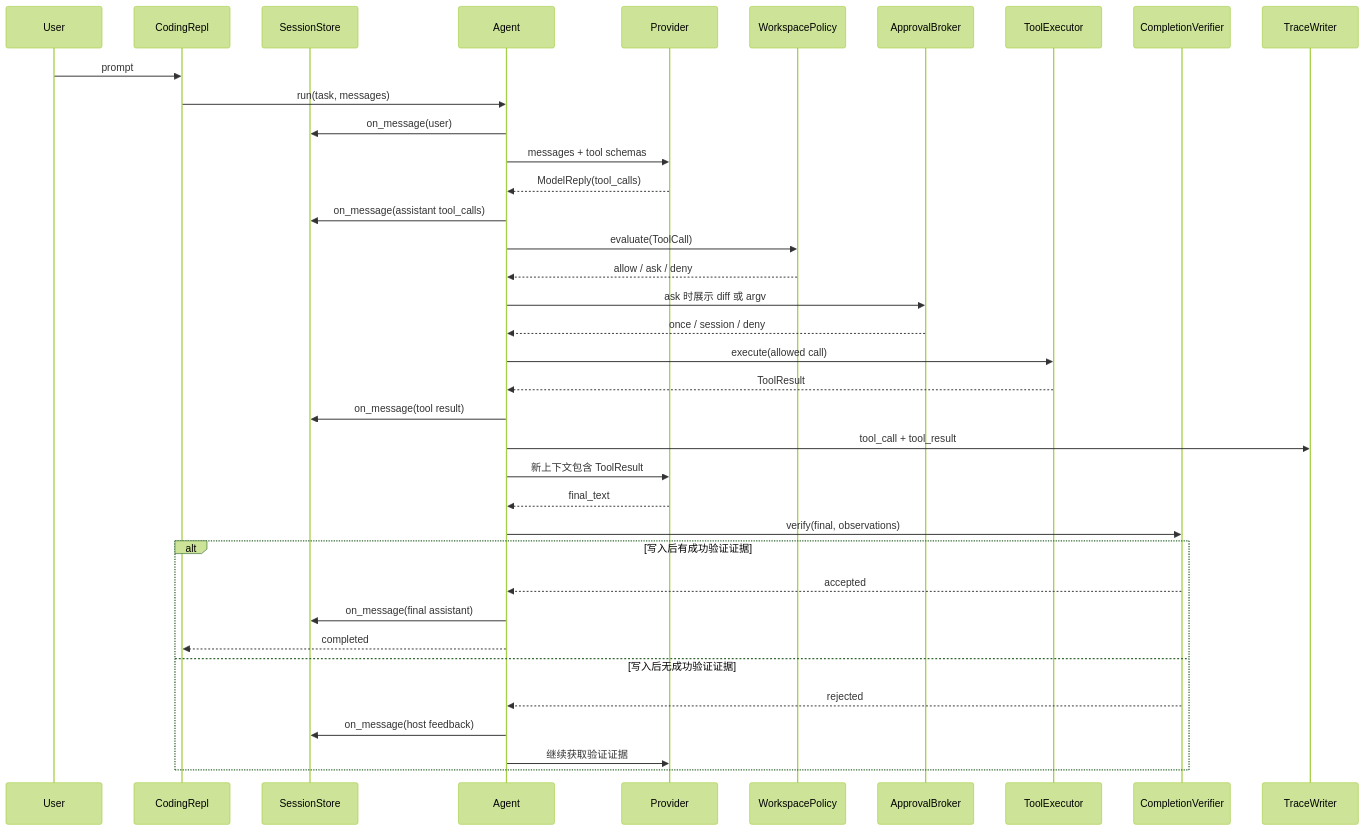
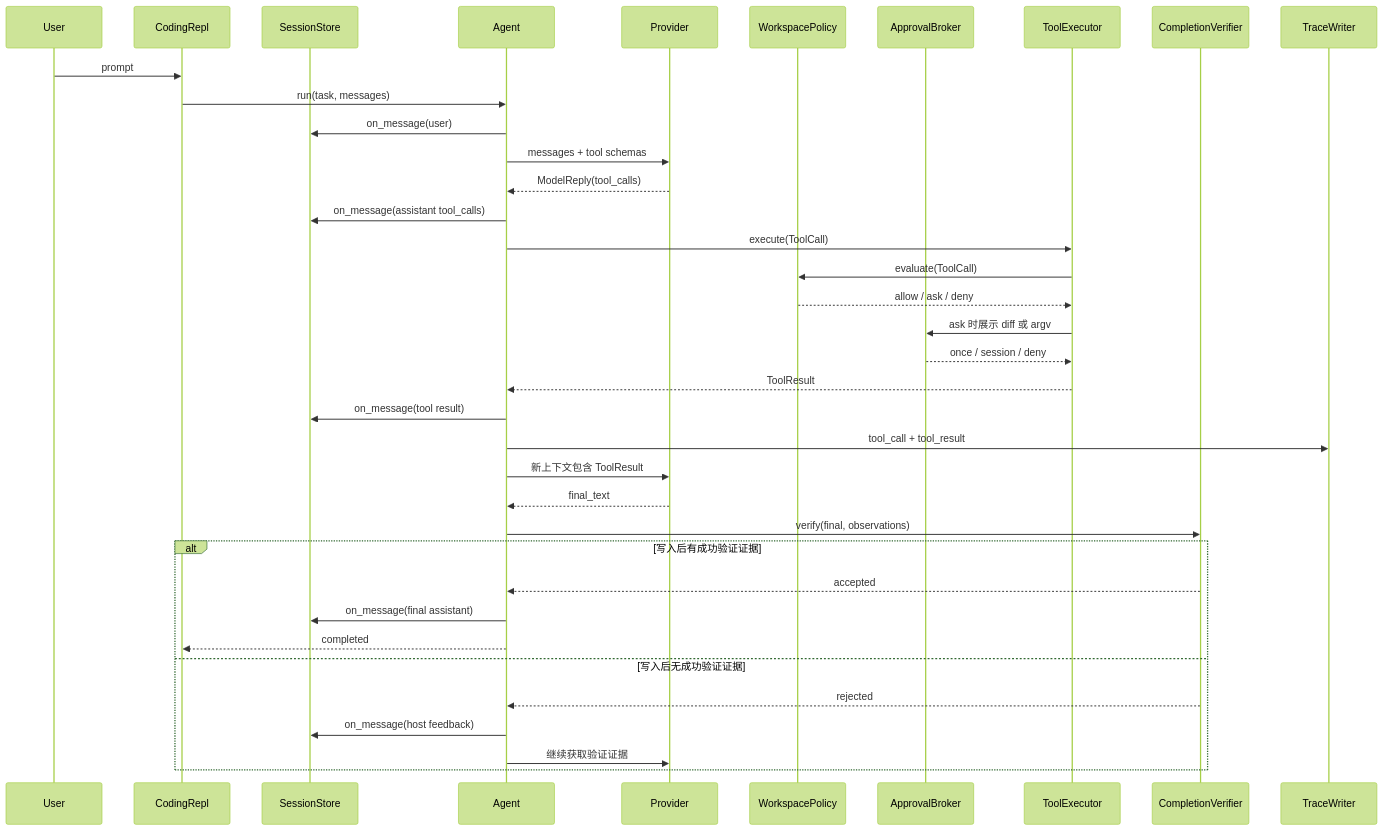
One commit to Huang1Hx/pi-claw changed the diagram in docs/WORKFLOW_AND_DATA_FLOW.md. Above: the diagram before and after it, drawn with Mermaid (forest theme). The commit also changed other lines of this file and 166 other files, not shown here.

````diff
--- a/docs/WORKFLOW_AND_DATA_FLOW.md
+++ b/docs/WORKFLOW_AND_DATA_FLOW.md
@@ -22,40 +53,40 @@
 ```mermaid
 sequenceDiagram
     participant U as User
     participant R as CodingRepl
     participant S as SessionStore
     participant A as Agent
     participant M as Provider
     participant P as WorkspacePolicy
     participant B as ApprovalBroker
     participant T as ToolExecutor
     participant V as CompletionVerifier
     participant J as TraceWriter
 
     U->>R: prompt
     R->>A: run(task, messages)
     A->>S: on_message(user)
     A->>M: messages + tool schemas
     M-->>A: ModelReply(tool_calls)
     A->>S: on_message(assistant tool_calls)
-    A->>P: evaluate(ToolCall)
-    P-->>A: allow / ask / deny
-    A->>B: ask 时展示 diff 或 argv
-    B-->>A: once / session / deny
-    A->>T: execute(allowed call)
+    A->>T: execute(ToolCall)
+    T->>P: evaluate(ToolCall)
+    P-->>T: allow / ask / deny
+    T->>B: ask 时展示 diff 或 argv
+    B-->>T: once / session / deny
     T-->>A: ToolResult
     A->>S: on_message(tool result)
     A->>J: tool_call + tool_result
     A->>M: 新上下文包含 ToolResult
     M-->>A: final_text
     A->>V: verify(final, observations)
     alt 写入后有成功验证证据
         V-->>A: accepted
         A->>S: on_message(final assistant)
         A-->>R: completed
     else 写入后无成功验证证据
         V-->>A: rejected
         A->>S: on_message(host feedback)
         A->>M: 继续获取验证证据
     end
 ```
````
